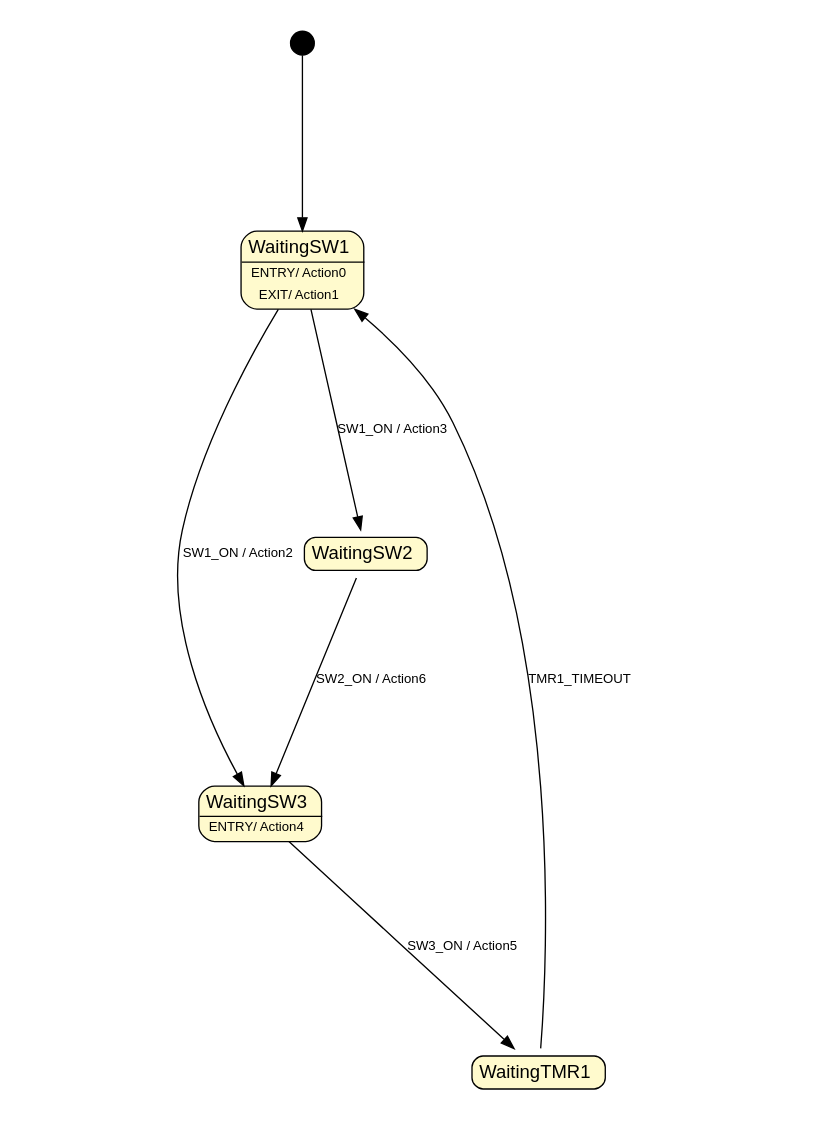
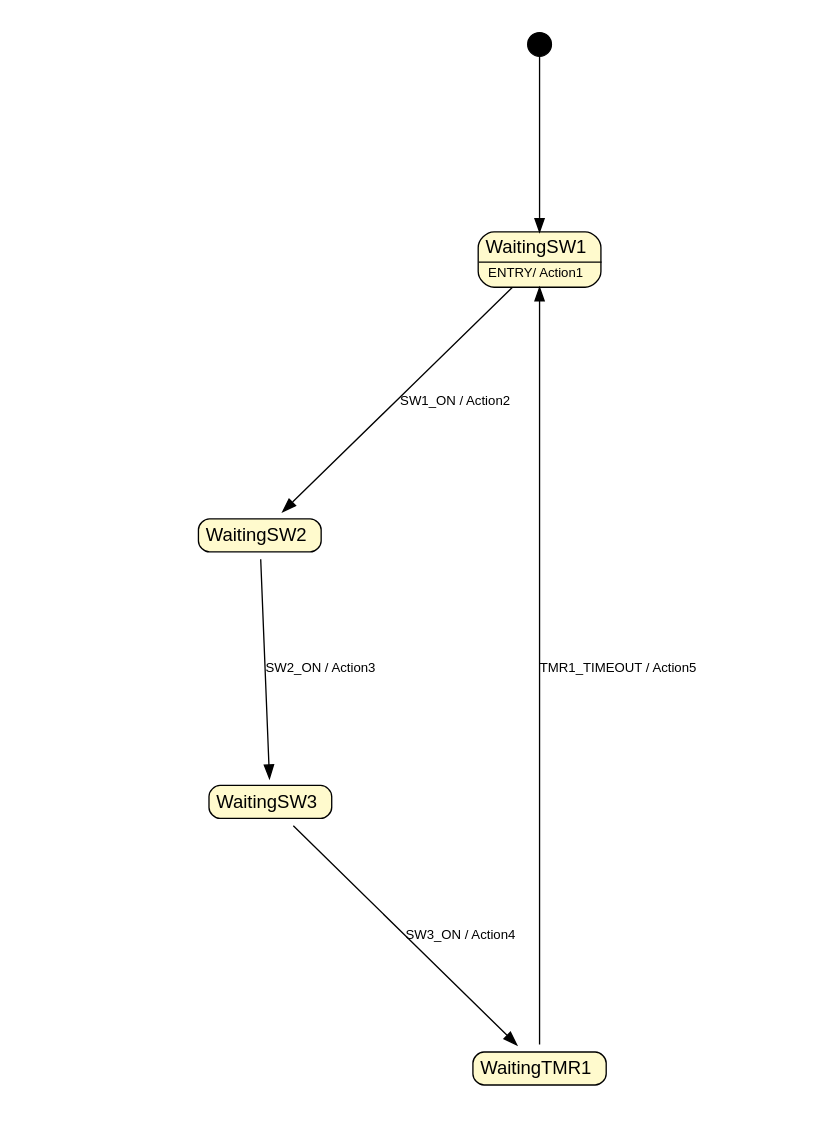
One commit to Rafa350/EOS changed the diagram in v2/Demo/FsmDemo/Machine/fsmMachine.dot. Above: the diagram before and after it, drawn with Graphviz. The commit also changed 15 other files, not shown here.

```diff
--- a/v2/Demo/FsmDemo/Machine/fsmMachine.dot
+++ b/v2/Demo/FsmDemo/Machine/fsmMachine.dot
@@ -1,67 +1,64 @@
 digraph {
     ratio = "fill"
     size = "8.3,11.7!"
     margin = 0.5
     fontname = "arial"
     fontsize = 10
 
     node [
         fontname = "arial",
         fontsize = 14,
         shape = "none",
         margin = 0
     ]
 
     edge [
         fontname = "arial",
         fontsize = 10
     ]
 
     START [
         label= "",
         width = "0.25",
         height = "0.25",
         shape = "circle",
         style = "filled",
         fillcolor ="black"
     ]
 
     WaitingSW1 [
-        label = <<table cellborder="0" style="rounded" bgcolor="lemonchiffon"><tr><td><font point-size="14"> WaitingSW1 </font></td></tr><hr/><tr><td><font point-size="10"> ENTRY/ Action0 </font></td></tr><tr><td><font point-size="10"> EXIT/ Action1 </font></td></tr></table>>
-    ];
-
-    WaitingSW3 [
-        label = <<table cellborder="0" style="rounded" bgcolor="lemonchiffon"><tr><td><font point-size="14"> WaitingSW3 </font></td></tr><hr/><tr><td><font point-size="10"> ENTRY/ Action4 </font></td></tr></table>>
+        label = <<table cellborder="0" style="rounded" bgcolor="lemonchiffon"><tr><td><font point-size="14"> WaitingSW1 </font></td></tr><hr/><tr><td><font point-size="10"> ENTRY/ Action1 </font></td></tr></table>>
     ];
 
     WaitingSW2 [
         label = <<table cellborder="0" style="rounded" bgcolor="lemonchiffon"><tr><td><font point-size="14"> WaitingSW2 </font></td></tr></table>>
+    ];
+
+    WaitingSW3 [
+        label = <<table cellborder="0" style="rounded" bgcolor="lemonchiffon"><tr><td><font point-size="14"> WaitingSW3 </font></td></tr></table>>
     ];
 
     WaitingTMR1 [
         label = <<table cellborder="0" style="rounded" bgcolor="lemonchiffon"><tr><td><font point-size="14"> WaitingTMR1 </font></td></tr></table>>
     ];
 
 
     START->WaitingSW1
 
-    WaitingSW1->WaitingSW3 [
+    WaitingSW1->WaitingSW2 [
         label = "SW1_ON / Action2"
     ];
-    WaitingSW1->WaitingSW2 [
-        label = "SW1_ON / Action3"
+
+    WaitingSW2->WaitingSW3 [
+        label = "SW2_ON / Action3"
     ];
 
     WaitingSW3->WaitingTMR1 [
-        label = "SW3_ON / Action5"
-    ];
-
-    WaitingSW2->WaitingSW3 [
-        label = "SW2_ON / Action6"
+        label = "SW3_ON / Action4"
     ];
 
     WaitingTMR1->WaitingSW1 [
-        label = "TMR1_TIMEOUT"
+        label = "TMR1_TIMEOUT / Action5"
     ];
 
 }
```
